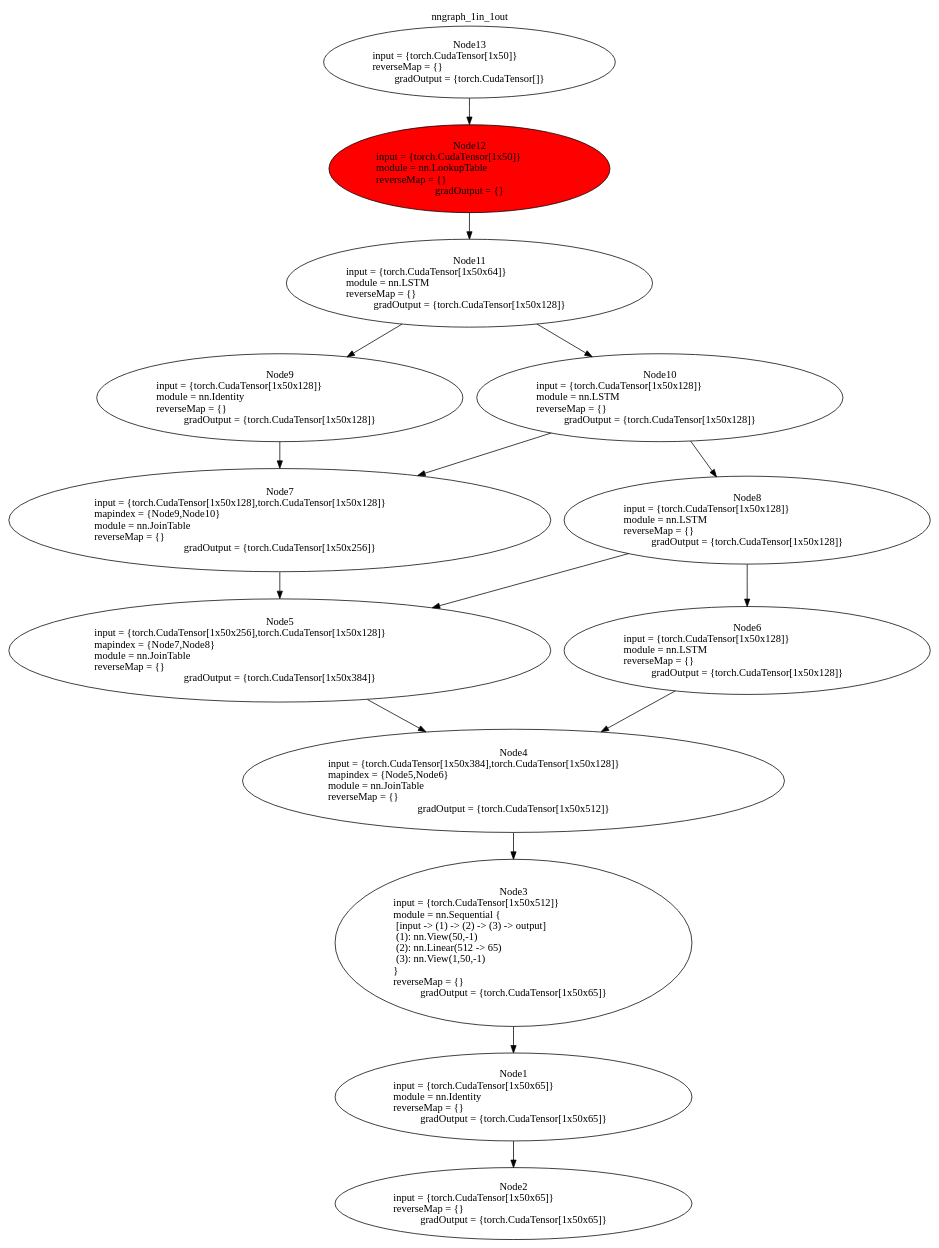
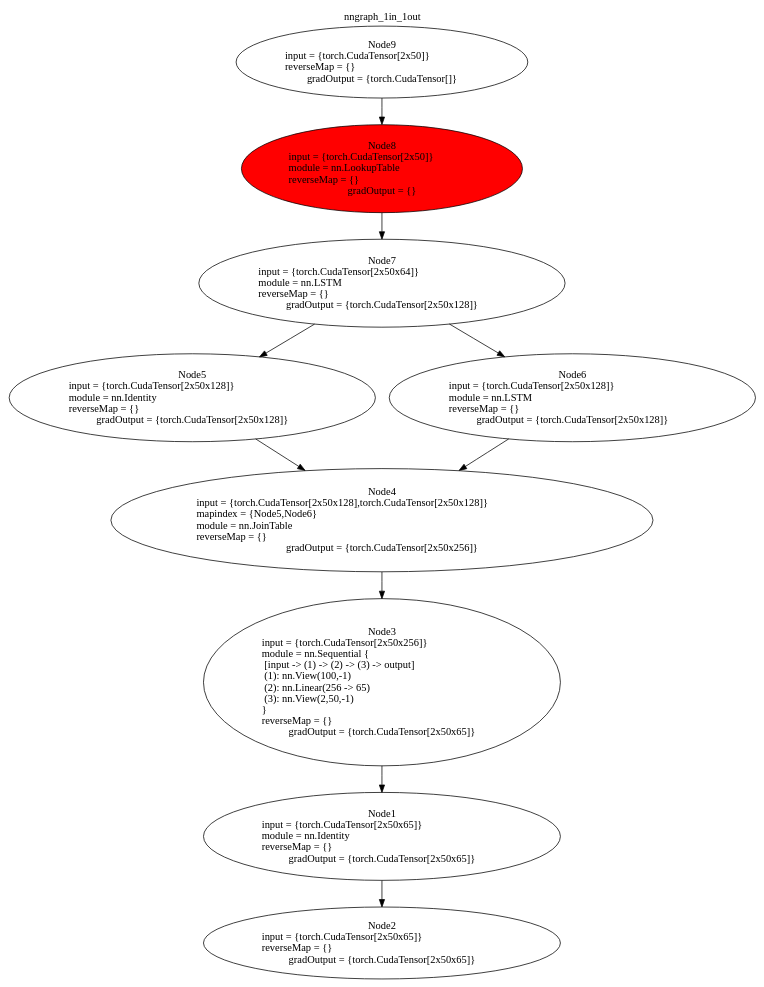
The diagram in nngraph_1in_1out.dot (DylanAuty/torch-rnn-constrained), drawn with Graphviz before and after one commit. The commit also changed 1 other file, not shown here.

Commit message:
some more debugging graphs

```diff
--- a/nngraph_1in_1out.dot
+++ b/nngraph_1in_1out.dot
@@ -1,34 +1,24 @@
 digraph G {
 labelloc="t";
 label="nngraph_1in_1out";
 node [shape = oval]; 
-n1[label="Node1\ninput = {torch.CudaTensor[1x50x65]}\lmodule = nn.Identity\lreverseMap = {}\lgradOutput = {torch.CudaTensor[1x50x65]}" tooltip="[./LanguageModelSkipCon.lua]:123_"];
-n2[label="Node2\ninput = {torch.CudaTensor[1x50x65]}\lreverseMap = {}\lgradOutput = {torch.CudaTensor[1x50x65]}" tooltip="[[C]]:-1_"];
-n3[label="Node3\ninput = {torch.CudaTensor[1x50x512]}\lmodule = nn.Sequential {\l  [input -> (1) -> (2) -> (3) -> output]\l  (1): nn.View(50,-1)\l  (2): nn.Linear(512 -> 65)\l  (3): nn.View(1,50,-1)\l}\lreverseMap = {}\lgradOutput = {torch.CudaTensor[1x50x65]}" tooltip="[./LanguageModelSkipCon.lua]:123_"];
-n4[label="Node4\ninput = {torch.CudaTensor[1x50x384],torch.CudaTensor[1x50x128]}\lmapindex = {Node5,Node6}\lmodule = nn.JoinTable\lreverseMap = {}\lgradOutput = {torch.CudaTensor[1x50x512]}" tooltip="[./LanguageModelSkipCon.lua]:84_"];
-n5[label="Node5\ninput = {torch.CudaTensor[1x50x256],torch.CudaTensor[1x50x128]}\lmapindex = {Node7,Node8}\lmodule = nn.JoinTable\lreverseMap = {}\lgradOutput = {torch.CudaTensor[1x50x384]}" tooltip="[./LanguageModelSkipCon.lua]:84_"];
-n6[label="Node6\ninput = {torch.CudaTensor[1x50x128]}\lmodule = nn.LSTM\lreverseMap = {}\lgradOutput = {torch.CudaTensor[1x50x128]}" tooltip="[./LanguageModelSkipCon.lua]:78_"];
-n7[label="Node7\ninput = {torch.CudaTensor[1x50x128],torch.CudaTensor[1x50x128]}\lmapindex = {Node9,Node10}\lmodule = nn.JoinTable\lreverseMap = {}\lgradOutput = {torch.CudaTensor[1x50x256]}" tooltip="[./LanguageModelSkipCon.lua]:84_"];
-n8[label="Node8\ninput = {torch.CudaTensor[1x50x128]}\lmodule = nn.LSTM\lreverseMap = {}\lgradOutput = {torch.CudaTensor[1x50x128]}" tooltip="[./LanguageModelSkipCon.lua]:78_"];
-n9[label="Node9\ninput = {torch.CudaTensor[1x50x128]}\lmodule = nn.Identity\lreverseMap = {}\lgradOutput = {torch.CudaTensor[1x50x128]}" tooltip="[./LanguageModelSkipCon.lua]:63_"];
-n10[label="Node10\ninput = {torch.CudaTensor[1x50x128]}\lmodule = nn.LSTM\lreverseMap = {}\lgradOutput = {torch.CudaTensor[1x50x128]}" tooltip="[./LanguageModelSkipCon.lua]:78_"];
-n11[label="Node11\ninput = {torch.CudaTensor[1x50x64]}\lmodule = nn.LSTM\lreverseMap = {}\lgradOutput = {torch.CudaTensor[1x50x128]}" tooltip="[./LanguageModelSkipCon.lua]:57_"];
-n12[label="Node12\ninput = {torch.CudaTensor[1x50]}\lmodule = nn.LookupTable\lreverseMap = {}\lgradOutput = {}" tooltip="[./LanguageModelSkipCon.lua]:41_"];
-n13[label="Node13\ninput = {torch.CudaTensor[1x50]}\lreverseMap = {}\lgradOutput = {torch.CudaTensor[]}" tooltip="[[C]]:-1_"];
+n1[label="Node1\ninput = {torch.CudaTensor[2x50x65]}\lmodule = nn.Identity\lreverseMap = {}\lgradOutput = {torch.CudaTensor[2x50x65]}" tooltip="[./LanguageModelSkipCon.lua]:123_"];
+n2[label="Node2\ninput = {torch.CudaTensor[2x50x65]}\lreverseMap = {}\lgradOutput = {torch.CudaTensor[2x50x65]}" tooltip="[[C]]:-1_"];
+n3[label="Node3\ninput = {torch.CudaTensor[2x50x256]}\lmodule = nn.Sequential {\l  [input -> (1) -> (2) -> (3) -> output]\l  (1): nn.View(100,-1)\l  (2): nn.Linear(256 -> 65)\l  (3): nn.View(2,50,-1)\l}\lreverseMap = {}\lgradOutput = {torch.CudaTensor[2x50x65]}" tooltip="[./LanguageModelSkipCon.lua]:123_"];
+n4[label="Node4\ninput = {torch.CudaTensor[2x50x128],torch.CudaTensor[2x50x128]}\lmapindex = {Node5,Node6}\lmodule = nn.JoinTable\lreverseMap = {}\lgradOutput = {torch.CudaTensor[2x50x256]}" tooltip="[./LanguageModelSkipCon.lua]:84_"];
+n5[label="Node5\ninput = {torch.CudaTensor[2x50x128]}\lmodule = nn.Identity\lreverseMap = {}\lgradOutput = {torch.CudaTensor[2x50x128]}" tooltip="[./LanguageModelSkipCon.lua]:63_"];
+n6[label="Node6\ninput = {torch.CudaTensor[2x50x128]}\lmodule = nn.LSTM\lreverseMap = {}\lgradOutput = {torch.CudaTensor[2x50x128]}" tooltip="[./LanguageModelSkipCon.lua]:78_"];
+n7[label="Node7\ninput = {torch.CudaTensor[2x50x64]}\lmodule = nn.LSTM\lreverseMap = {}\lgradOutput = {torch.CudaTensor[2x50x128]}" tooltip="[./LanguageModelSkipCon.lua]:57_"];
+n8[label="Node8\ninput = {torch.CudaTensor[2x50]}\lmodule = nn.LookupTable\lreverseMap = {}\lgradOutput = {}" tooltip="[./LanguageModelSkipCon.lua]:41_"];
+n9[label="Node9\ninput = {torch.CudaTensor[2x50]}\lreverseMap = {}\lgradOutput = {torch.CudaTensor[]}" tooltip="[[C]]:-1_"];
 n1 -> n2;
 n3 -> n1;
 n4 -> n3;
 n5 -> n4;
 n6 -> n4;
 n7 -> n5;
-n8 -> n5;
-n8 -> n6;
-n9 -> n7;
-n10 -> n7;
-n10 -> n8;
-n11 -> n9;
-n11 -> n10;
-n12 -> n11;
-n13 -> n12;
-n12[style=filled, fillcolor=red];
+n7 -> n6;
+n8 -> n7;
+n9 -> n8;
+n8[style=filled, fillcolor=red];
 }
```
